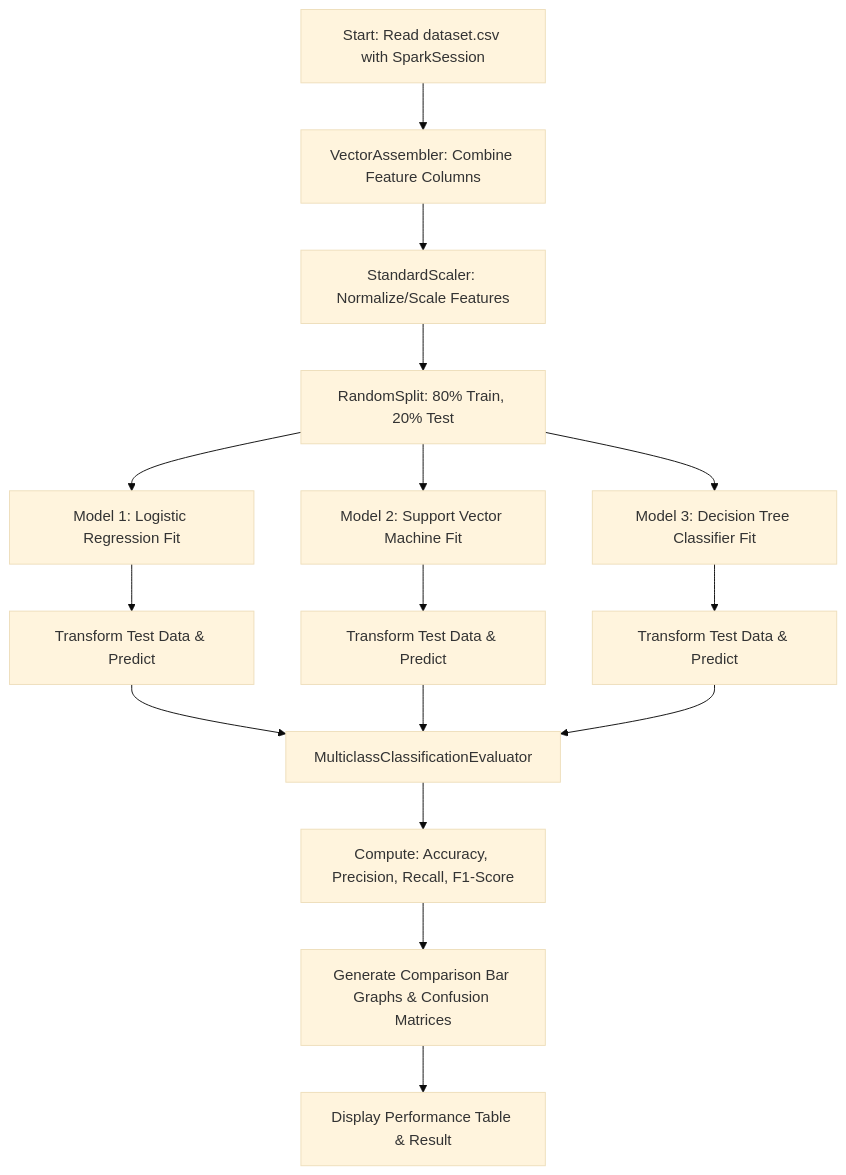
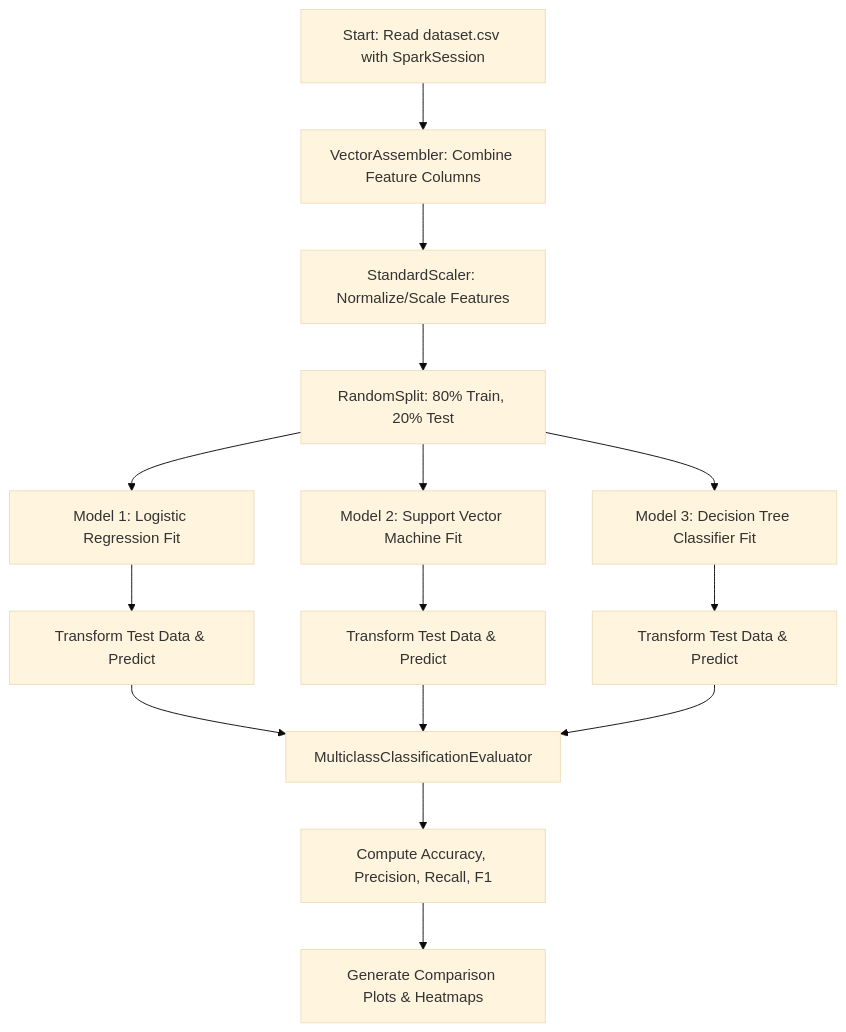
Before and after one commit to Ghua8088/bda: the diagram in README.md, drawn with Mermaid (base theme). The commit also changed other lines of this file, not shown here.

````diff
--- a/README.md
+++ b/README.md
@@ -52,18 +100,17 @@
 ```mermaid
 flowchart TD
-    A[Start: Read dataset.csv with SparkSession] --> B[VectorAssembler: Combine Feature Columns]
-    B --> C[StandardScaler: Normalize/Scale Features]
-    C --> D[RandomSplit: 80% Train, 20% Test]
-    D --> E1[Model 1: Logistic Regression Fit]
-    D --> E2[Model 2: Support Vector Machine Fit]
-    D --> E3[Model 3: Decision Tree Classifier Fit]
-    E1 --> F1[Transform Test Data & Predict]
-    E2 --> F2[Transform Test Data & Predict]
-    E3 --> F3[Transform Test Data & Predict]
-    F1 --> G[MulticlassClassificationEvaluator]
+    A["Start: Read dataset.csv with SparkSession"] --> B["VectorAssembler: Combine Feature Columns"]
+    B --> C["StandardScaler: Normalize/Scale Features"]
+    C --> D["RandomSplit: 80% Train, 20% Test"]
+    D --> E1["Model 1: Logistic Regression Fit"]
+    D --> E2["Model 2: Support Vector Machine Fit"]
+    D --> E3["Model 3: Decision Tree Classifier Fit"]
+    E1 --> F1["Transform Test Data & Predict"]
+    E2 --> F2["Transform Test Data & Predict"]
+    E3 --> F3["Transform Test Data & Predict"]
+    F1 --> G["MulticlassClassificationEvaluator"]
     F2 --> G
     F3 --> G
-    G --> H[Compute: Accuracy, Precision, Recall, F1-Score]
-    H --> I[Generate Comparison Bar Graphs & Confusion Matrices]
-    I --> J[Display Performance Table & Result]
+    G --> H["Compute Accuracy, Precision, Recall, F1"]
+    H --> I["Generate Comparison Plots & Heatmaps"]
 ```
````
